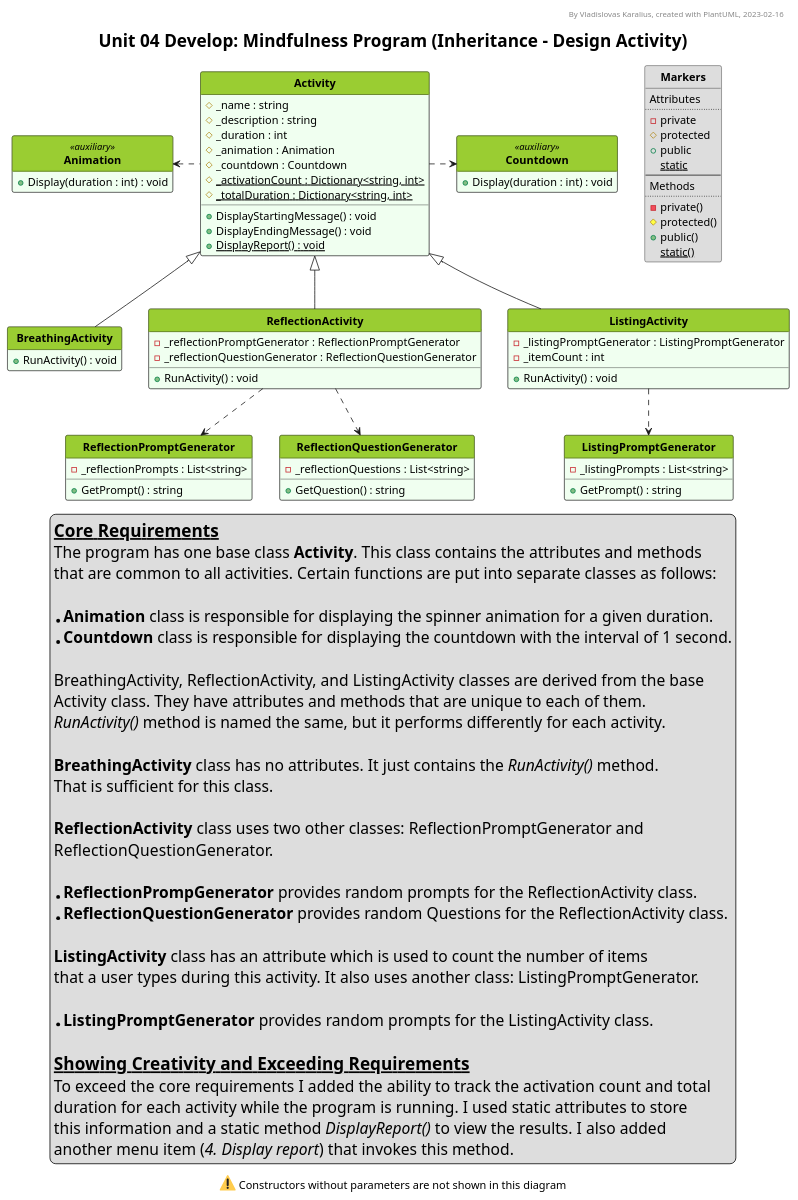
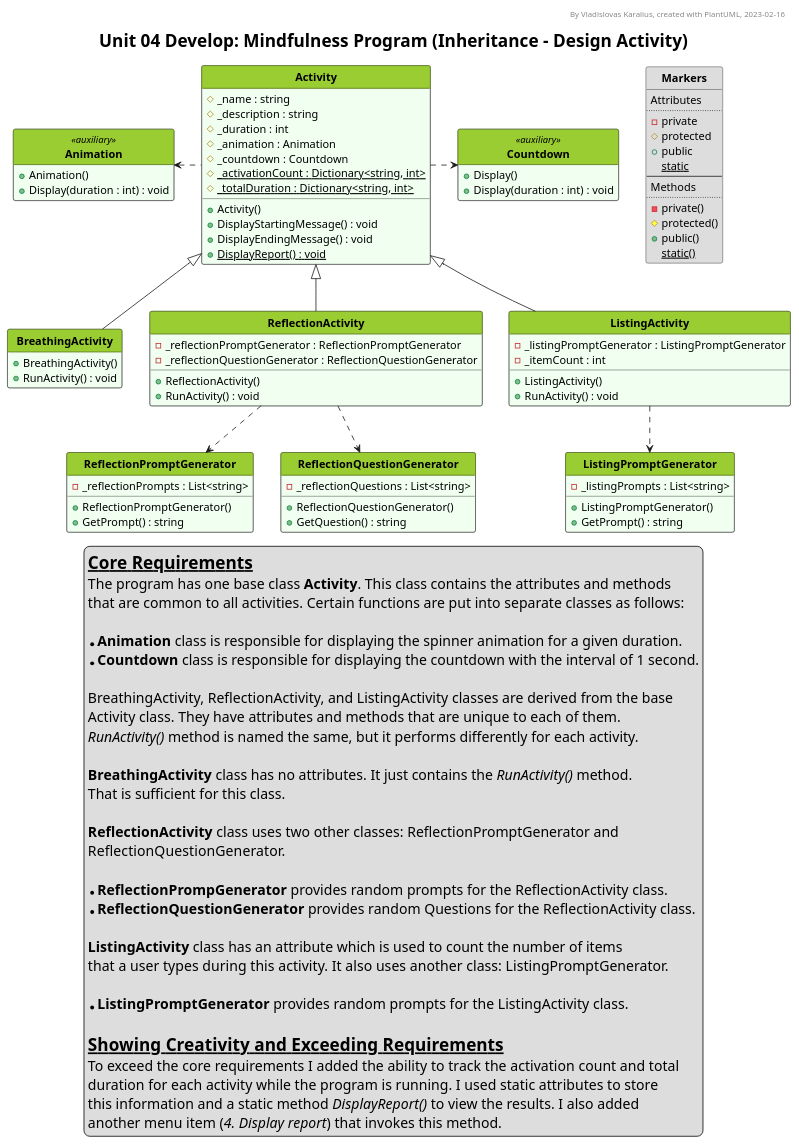
Before and after one commit to VladKaralius/cse210-projects: the diagram in prove/Develop04/UML_diagram.pu, drawn with PlantUML.

Commit message:
Added constructors (required by rubric)

```diff
--- a/prove/Develop04/UML_diagram.pu
+++ b/prove/Develop04/UML_diagram.pu
@@ -1,161 +1,171 @@
 @startuml UML_diagram
 
 '--Formatting options--
 hide circle
 hide empty members
+hide <<hidden>> stereotype
 'skinparam classAttributeIconSize 0
 skinparam style strictuml
 'skinparam groupInheritance 2
 'skinparam linetype ortho
 'skinparam Nodesep 15
 'skinparam Ranksep 25
 'left to right direction
 
 '--Styling--
 'skinparam BackgroundColor White/LightGreen
 skinparam TitleFontSize 22
 
 <style>
 classDiagram {
   class {
     '-attributes and methods-
     'FontSize 14
     'FontColor black
     'BackgroundColor #fefece
     BackgroundColor #f0fff0
     'RoundCorner 0
     '-class name-
     header {
       'FontSize 12
       'FontColor Black
       FontStyle bold
       BackgroundColor YellowGreen
     }
   }
   note {
     BackgroundColor Yellow
   }
   legend {
-    FontSize 20
+    FontSize 18
   }
 </style>
 
 '--Header, title, caption--
 header By Vladislovas Karalius, created with PlantUML, 2023-02-16
 title Unit 04 Develop: Mindfulness Program (Inheritance - Design Activity)
-caption <:warning:> Constructors without parameters are not shown in this diagram
+'caption <:warning:>Constructors without parameters are not shown in this diagram
 
 ' Dummy class that explains visibility symbols
 class Markers #dddddd {
 Attributes
 ..
 - private
 # protected
 + public
 {static} static
 --
 Methods
 ..
 - private()
 # protected()
 + public()
 {static} static()
 }
 
 '--Main--
 class Activity {
   # _name : string
   # _description : string
   # _duration : int
   # _animation : Animation
   # _countdown : Countdown
   # {static} _activationCount : Dictionary<string, int>
   # {static} _totalDuration : Dictionary<string, int>
+  + Activity()
   + DisplayStartingMessage() : void
   + DisplayEndingMessage() : void
   + {static} DisplayReport() : void
 }
 
 class BreathingActivity {
+  + BreathingActivity()
   + RunActivity() : void
 }
 
 class ReflectionActivity {
   - _reflectionPromptGenerator : ReflectionPromptGenerator
   - _reflectionQuestionGenerator : ReflectionQuestionGenerator
+  + ReflectionActivity()
   + RunActivity() : void
 }
 
 class ListingActivity {
   - _listingPromptGenerator : ListingPromptGenerator
   - _itemCount : int
+  + ListingActivity()
   + RunActivity() : void
 }
 
 class ReflectionPromptGenerator {
   - _reflectionPrompts : List<string>
+  + ReflectionPromptGenerator()
   + GetPrompt() : string
 }
 
 class ReflectionQuestionGenerator {
   - _reflectionQuestions : List<string>
+  + ReflectionQuestionGenerator()
   + GetQuestion() : string
 }
 
 class ListingPromptGenerator {
   - _listingPrompts : List<string>
+  + ListingPromptGenerator()
   + GetPrompt() : string
 }
 
 class Animation <<auxiliary>> {
+  + Animation()
   + Display(duration : int) : void
 }
 
 class Countdown <<auxiliary>> {
+  + Display()
   + Display(duration : int) : void
 }
 
 Activity <|-- BreathingActivity
 Activity <|-- ReflectionActivity
 Activity <|-- ListingActivity
 ReflectionActivity ..> ReflectionPromptGenerator
 ReflectionActivity ..> ReflectionQuestionGenerator
 ListingActivity ..> ListingPromptGenerator
 Activity .left.> Animation
 Activity .right.> Countdown
 
 '--Description--
 legend bottom
 <size:22>__**Core Requirements**__
 The program has one base class **Activity**. This class contains the attributes and methods
 that are common to all activities. Certain functions are put into separate classes as follows:
 
 * **Animation** class is responsible for displaying the spinner animation for a given duration.
 * **Countdown** class is responsible for displaying the countdown with the interval of 1 second.
 
 BreathingActivity, ReflectionActivity, and ListingActivity classes are derived from the base
 Activity class. They have attributes and methods that are unique to each of them.
 //RunActivity()// method is named the same, but it performs differently for each activity.
 
 **BreathingActivity** class has no attributes. It just contains the //RunActivity()// method.
 That is sufficient for this class.
 
 **ReflectionActivity** class uses two other classes: ReflectionPromptGenerator and
 ReflectionQuestionGenerator.
 
 * **ReflectionPrompGenerator** provides random prompts for the ReflectionActivity class.
 * **ReflectionQuestionGenerator** provides random Questions for the ReflectionActivity class.
 
 **ListingActivity** class has an attribute which is used to count the number of items
 that a user types during this activity. It also uses another class: ListingPromptGenerator.
 
 * **ListingPromptGenerator** provides random prompts for the ListingActivity class.
 
 <size:22>__**Showing Creativity and Exceeding Requirements**__
 To exceed the core requirements I added the ability to track the activation count and total
 duration for each activity while the program is running. I used static attributes to store
 this information and a static method //DisplayReport()// to view the results. I also added
 another menu item (//4. Display report//) that invokes this method.
 endlegend
 
 @enduml
```
